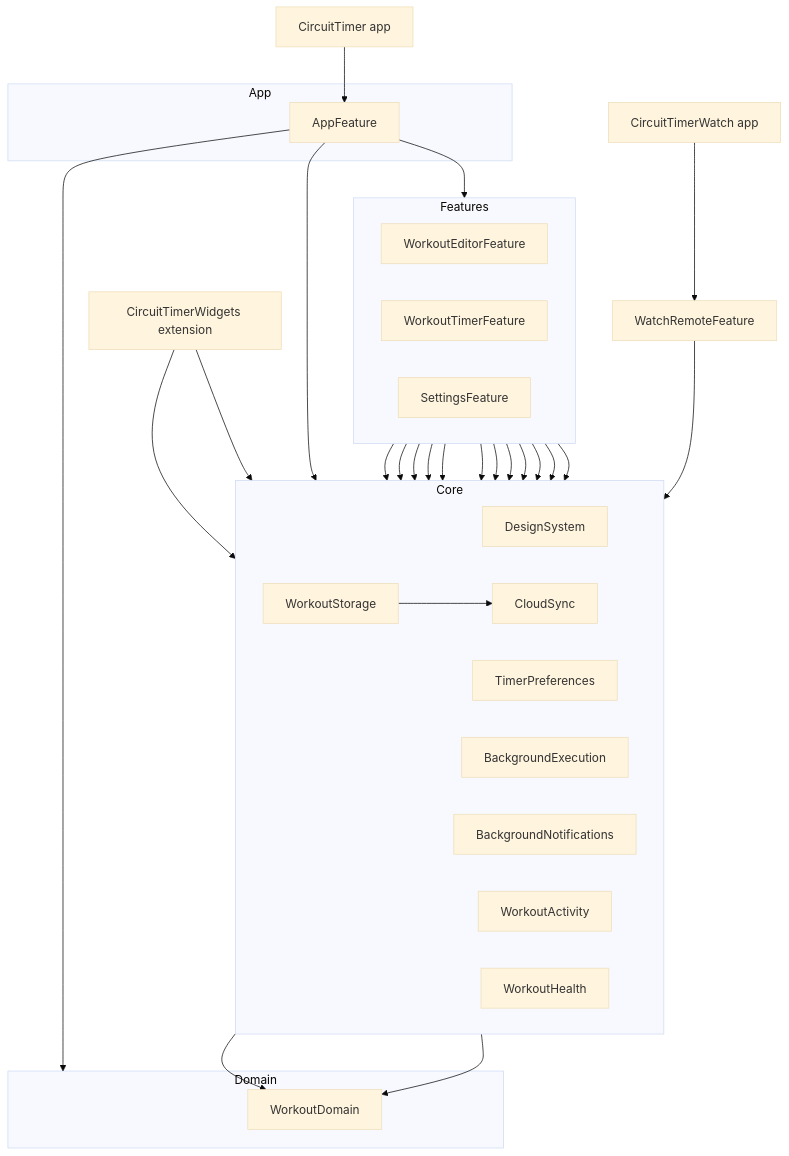
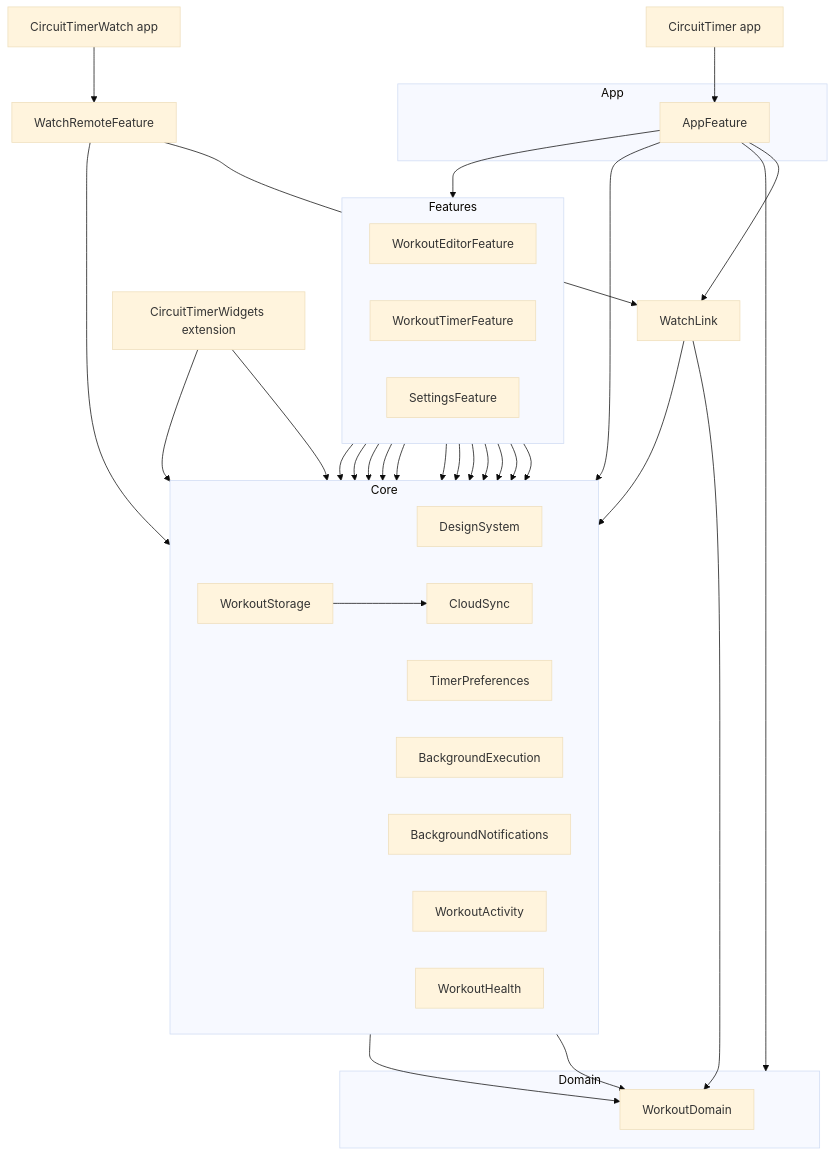
One commit to akrementsov/CircuitTimer changed the diagram in README.md. Above: the diagram before and after it, drawn with Mermaid (base theme). The commit also changed other lines of this file and 58 other files, not shown here.

````diff
--- a/README.md
+++ b/README.md
@@ -98,56 +99,60 @@
 ```mermaid
 flowchart TD
     Shell["CircuitTimer app"] --> AppFeature
 
     subgraph AppLayer["App"]
         AppFeature
     end
 
     subgraph Features
         direction LR
         WorkoutEditorFeature
         WorkoutTimerFeature
         SettingsFeature
     end
 
     subgraph Core
         direction LR
         DesignSystem
         WorkoutStorage
         TimerPreferences
         BackgroundExecution
         BackgroundNotifications
         WorkoutActivity
         WorkoutHealth
         CloudSync
     end
 
     subgraph Domain
         WorkoutDomain
     end
 
     AppFeature --> Features
     AppFeature --> Core
     AppFeature --> Domain
     WorkoutEditorFeature --> DesignSystem
     WorkoutEditorFeature --> WorkoutStorage
     WorkoutTimerFeature --> DesignSystem
     WorkoutTimerFeature --> WorkoutStorage
     WorkoutTimerFeature --> TimerPreferences
     WorkoutTimerFeature --> BackgroundExecution
     SettingsFeature --> DesignSystem
     SettingsFeature --> TimerPreferences
     SettingsFeature --> CloudSync
     WorkoutTimerFeature --> BackgroundNotifications
     WorkoutTimerFeature --> WorkoutActivity
     WorkoutTimerFeature --> WorkoutHealth
     WorkoutStorage --> WorkoutDomain
     WorkoutStorage --> CloudSync
     WorkoutActivity --> WorkoutDomain
 
     Widgets["CircuitTimerWidgets extension"] --> WorkoutActivity
     Widgets --> DesignSystem
 
     Watch["CircuitTimerWatch app"] --> WatchRemoteFeature
     WatchRemoteFeature --> DesignSystem
+    WatchRemoteFeature --> WatchLink
+    AppFeature --> WatchLink
+    WatchLink --> WorkoutActivity
+    WatchLink --> WorkoutDomain
 ```
````
